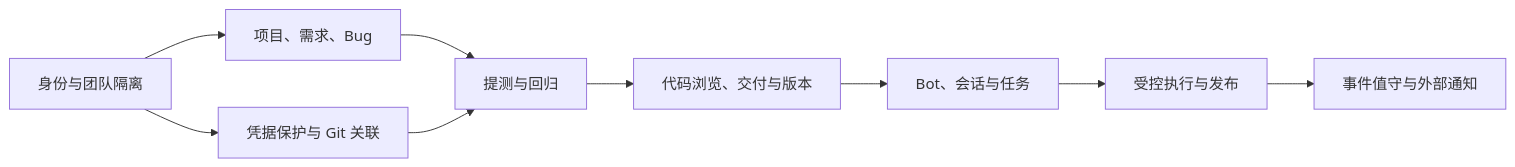
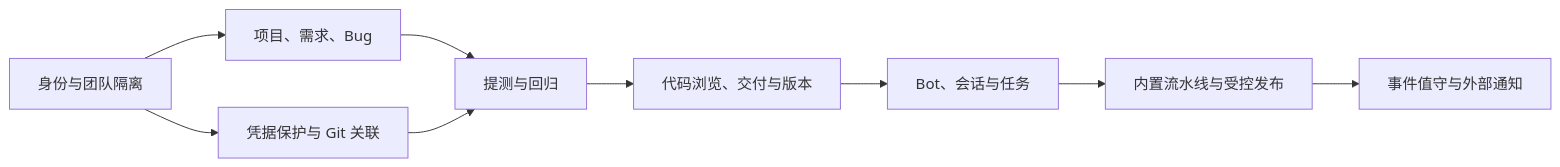
One commit to aiShuiJiaoDeXioShou/dev-ops changed the diagram in docs/prd/release-plan.md. Above: the diagram before and after it, drawn with Mermaid. The commit also changed other lines of this file and 192 other files, not shown here.

````diff
--- a/docs/prd/release-plan.md
+++ b/docs/prd/release-plan.md
@@ -117,11 +120,11 @@
 ```mermaid
 flowchart LR
     A[身份与团队隔离] --> B[项目、需求、Bug]
     A --> C[凭据保护与 Git 关联]
     B --> D[提测与回归]
     C --> D
     D --> E[代码浏览、交付与版本]
     E --> F[Bot、会话与任务]
-    F --> G[受控执行与发布]
+    F --> G[内置流水线与受控发布]
     G --> H[事件值守与外部通知]
 ```
````
